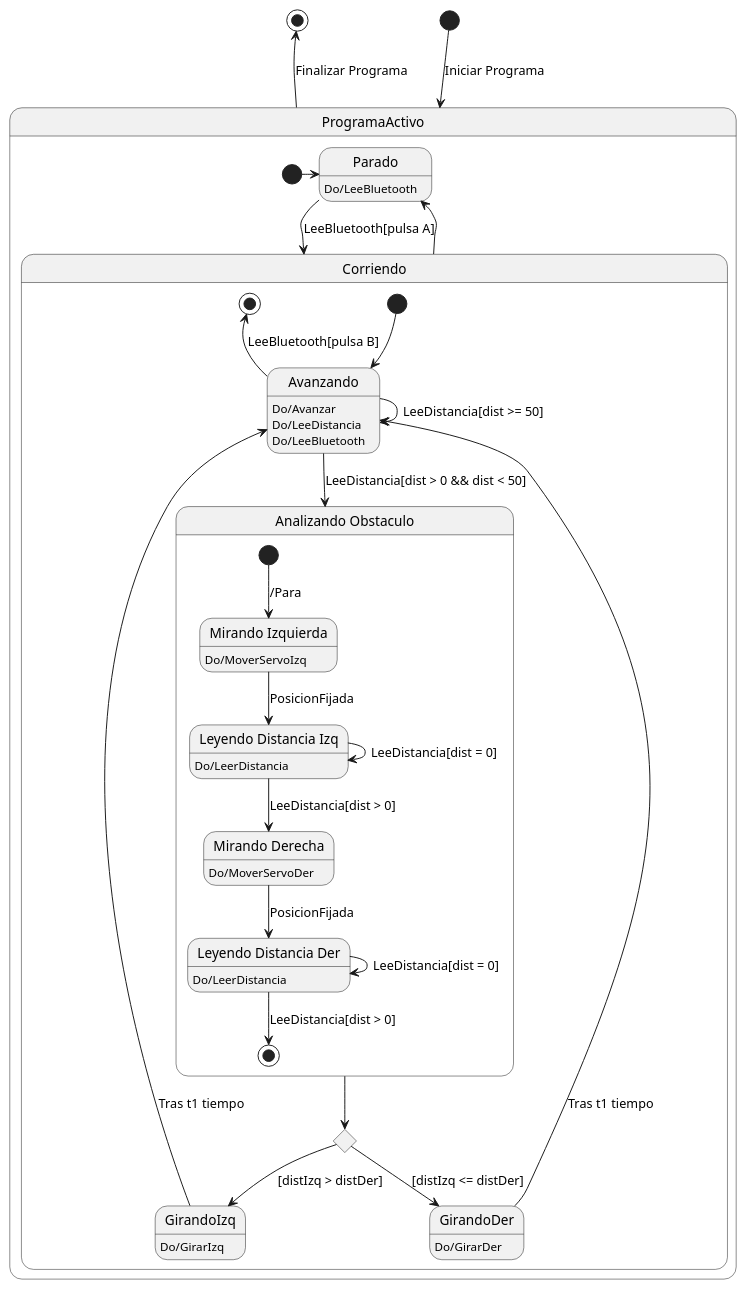
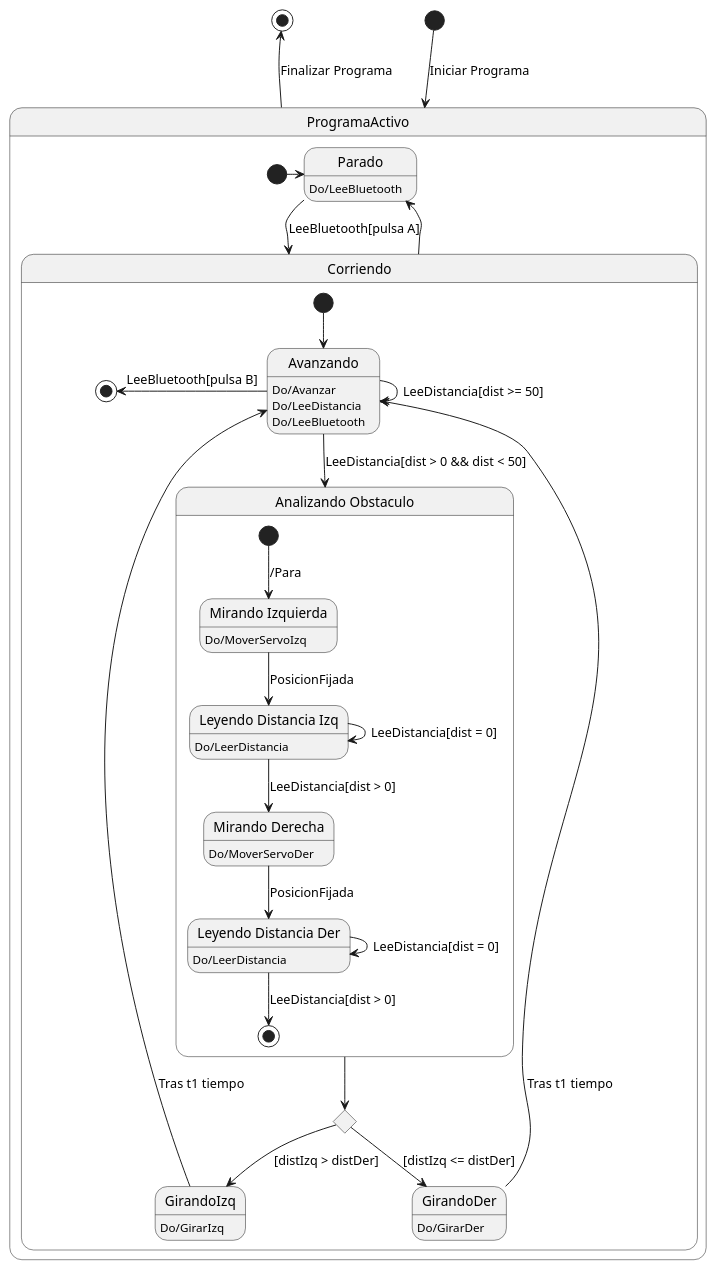
The diagram in src/state/Coche.puml (Cavitedev/plantuml_examples), drawn with PlantUML before and after one commit. The commit also changed 2 other files, not shown here.

```diff
--- a/src/state/Coche.puml
+++ b/src/state/Coche.puml
@@ -1,57 +1,57 @@
 @startuml
 'scale 350 width
 [*] --> ProgramaActivo : Iniciar Programa
 ProgramaActivo -up-> [*] : Finalizar Programa
 state ProgramaActivo{
 state Parado
 Parado:Do/LeeBluetooth
 [*] -right-> Parado
 
 state Corriendo{
     [*] --> Avanzando
-    Avanzando -up-> [*]: LeeBluetooth[pulsa B]
+    Avanzando -left-> [*]: LeeBluetooth[pulsa B]
 
     Avanzando:Do/Avanzar
     Avanzando:Do/LeeDistancia
     Avanzando:Do/LeeBluetooth
 
     state Avanzando
 
     state GirandoIzq
     GirandoIzq:Do/GirarIzq
     state GirandoDer
     GirandoDer:Do/GirarDer
 
     state "Analizando Obstaculo" as Obstaculo{
       state "Mirando Izquierda" as Izq
       state "Leyendo Distancia Izq" as DistIzq
       state "Mirando Derecha" as Der
       state "Leyendo Distancia Der" as DistDer
 
       Izq:Do/MoverServoIzq
       Der:Do/MoverServoDer
       DistIzq:Do/LeerDistancia
       DistDer:Do/LeerDistancia
 
       [*] --> Izq : /Para
       Izq --> DistIzq : PosicionFijada
       DistIzq --> DistIzq : LeeDistancia[dist = 0]
       DistIzq --> Der : LeeDistancia[dist > 0]
       Der --> DistDer : PosicionFijada
       DistDer --> DistDer : LeeDistancia[dist = 0]
       DistDer --> [*] : LeeDistancia[dist > 0]
     }
     state DondeGirar <<choice>>
 }
 }
 Parado --> Corriendo : LeeBluetooth[pulsa A]
 Corriendo --> Parado
 Avanzando --> Avanzando : LeeDistancia[dist >= 50]
 Avanzando --> Obstaculo : LeeDistancia[dist > 0 && dist < 50]
 Obstaculo --> DondeGirar
 DondeGirar --> GirandoIzq : [distIzq > distDer]
 DondeGirar --> GirandoDer : [distIzq <= distDer]
 GirandoIzq --> Avanzando : Tras t1 tiempo
 GirandoDer --> Avanzando : Tras t1 tiempo
 
 @enduml
```
